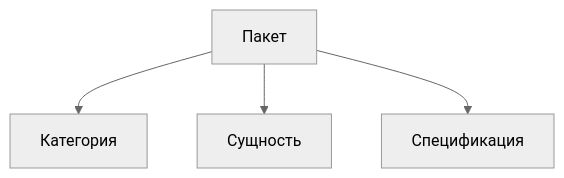
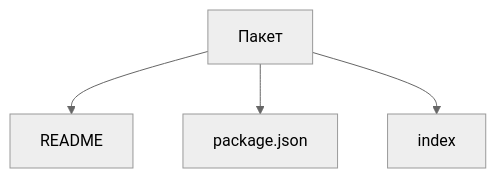
Before and after one commit to zavx0z/storybook: the diagram in archetypes/package/README.md, drawn with Mermaid (neutral theme). The commit also changed other lines of this file and 24 other files, not shown here.

````diff
--- a/archetypes/package/README.md
+++ b/archetypes/package/README.md
@@ -3,6 +9,6 @@
 ```mermaid
 flowchart TB
-  package["Пакет"] --> category["Категория"]
-  package --> entity["Сущность"]
-  package --> spec["Спецификация"]
+  package["Пакет"] --> readme["README"]
+  package --> manifest["package.json"]
+  package --> entry["index"]
 ```
````
